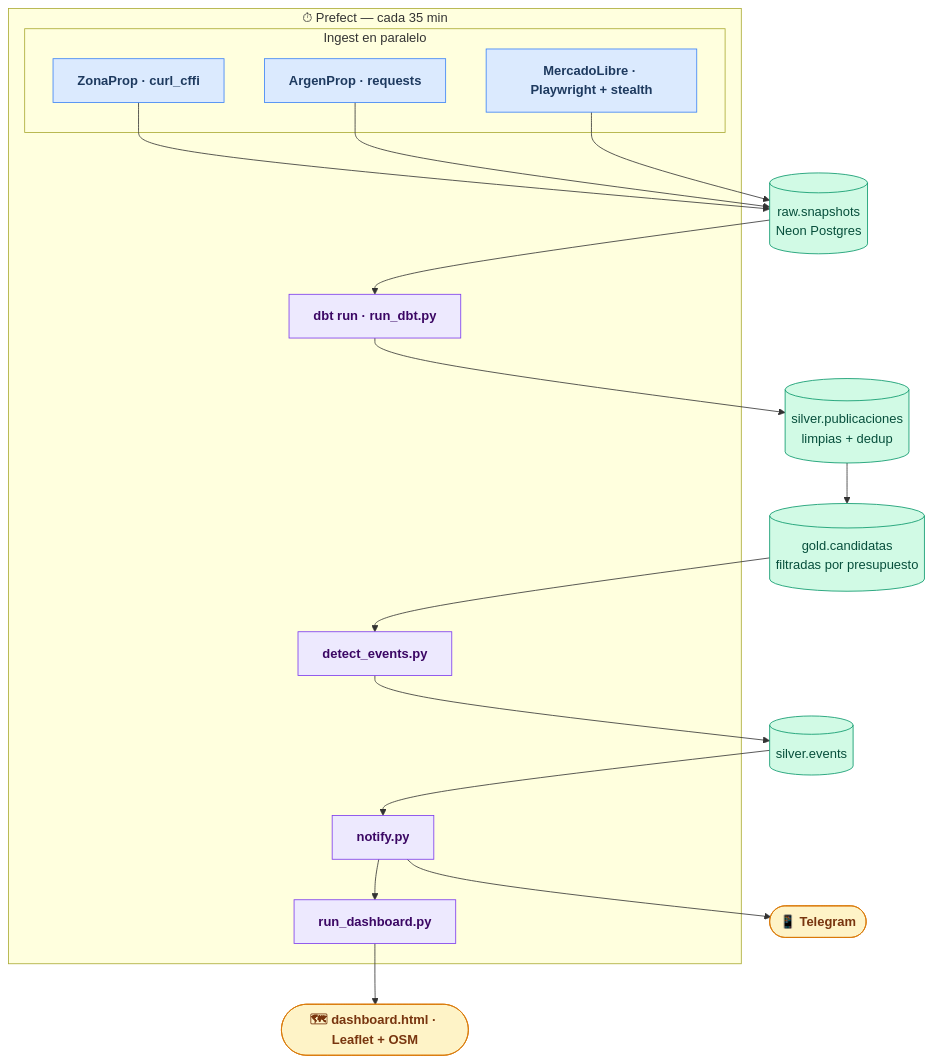
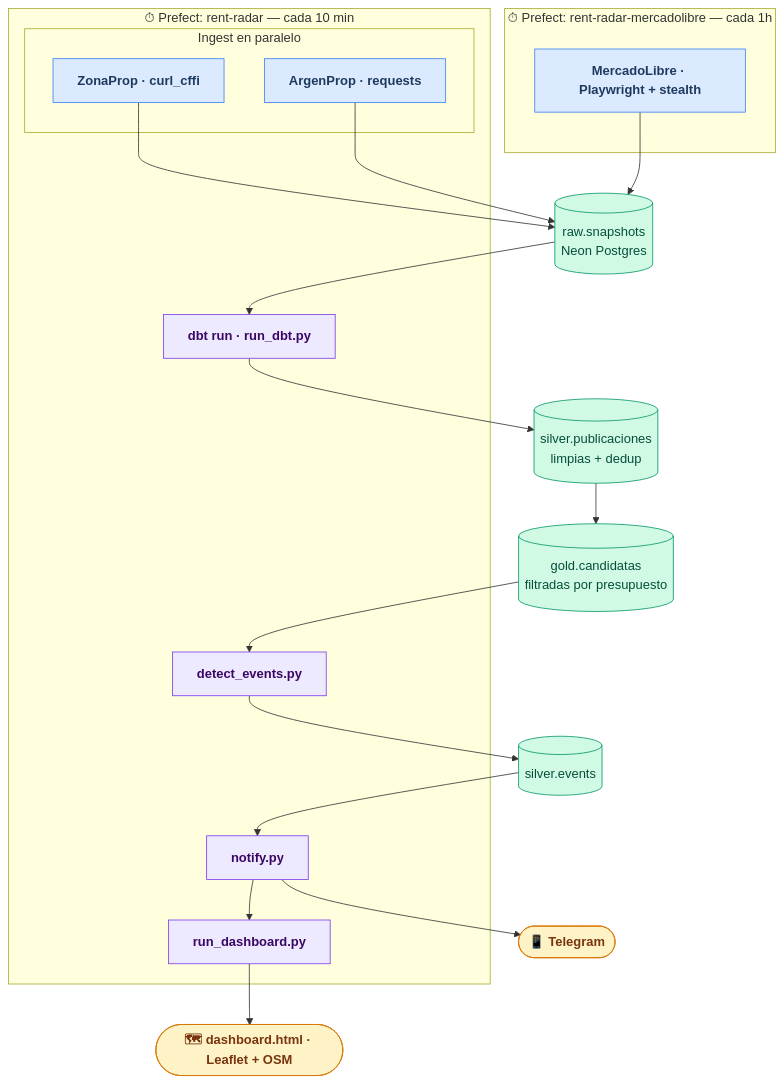
Before and after one commit to NotoFederico/rent_radar: the diagram in README.md, drawn with Mermaid. The commit also changed other lines of this file and 6 other files, not shown here.

Commit message:
v1.7 se corrige el bug raiz de mercadolibre en 0 (estado mal marcado como ok), se separa su ingest en un flow propio y se agrega mediana de precios e indicador de datos desactualizados al dashboard.

````diff
--- a/README.md
+++ b/README.md
@@ -31,39 +31,42 @@
 ```mermaid
 flowchart TD
     classDef spider  fill:#dbeafe,stroke:#3b82f6,color:#1e3a5f,font-weight:bold
     classDef process fill:#ede9fe,stroke:#7c3aed,color:#3b0764,font-weight:bold
     classDef db      fill:#d1fae5,stroke:#059669,color:#064e3b
     classDef out     fill:#fef3c7,stroke:#d97706,color:#78350f,font-weight:bold
 
     RAW[("raw.snapshots\nNeon Postgres")]:::db
     SIL[("silver.publicaciones\nlimpias + dedup")]:::db
     GOLD[("gold.candidatas\nfiltradas por presupuesto")]:::db
     EV[("silver.events")]:::db
     TG(["📱 Telegram"]):::out
     MAP(["🗺 dashboard.html · Leaflet + OSM"]):::out
 
-    subgraph Prefect ["⏱ Prefect — cada 35 min"]
+    subgraph PrefectMain ["⏱ Prefect: rent-radar — cada 10 min"]
         subgraph Ingest ["Ingest en paralelo"]
             ZP["ZonaProp · curl_cffi"]:::spider
             AP["ArgenProp · requests"]:::spider
-            ML["MercadoLibre · Playwright + stealth"]:::spider
         end
         DBT["dbt run · run_dbt.py"]:::process
         DE["detect_events.py"]:::process
         NO["notify.py"]:::process
         GM["run_dashboard.py"]:::process
+    end
+
+    subgraph PrefectMeli ["⏱ Prefect: rent-radar-mercadolibre — cada 1h"]
+        ML["MercadoLibre · Playwright + stealth"]:::spider
     end
 
     ZP --> RAW
     AP --> RAW
     ML --> RAW
     RAW --> DBT
     DBT --> SIL
     SIL --> GOLD
     GOLD --> DE
     DE --> EV
     EV --> NO
     NO --> TG
     NO --> GM
     GM --> MAP
 ```
````
